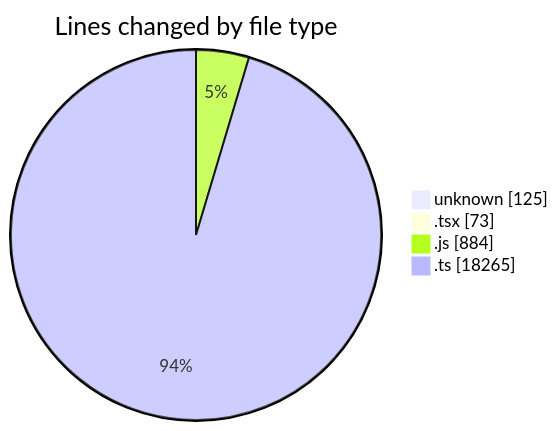
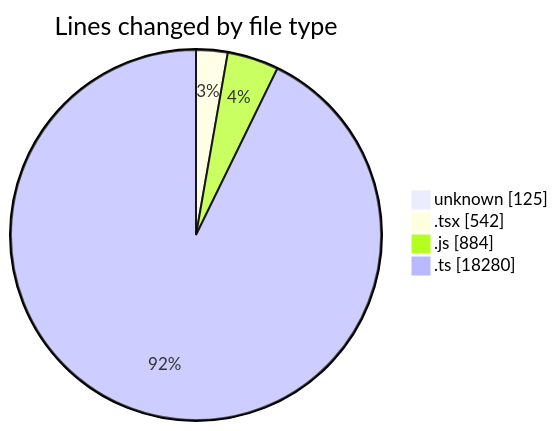
The first of 2 diagrams in 2026-09-15/cda/README.md (momahboobian/code-tracking), drawn with Mermaid before and after one commit. The commit also changed other lines of this file and 1 other file, not shown here.

````diff
--- a/2026-09-15/cda/README.md
+++ b/2026-09-15/cda/README.md
@@ -30,8 +40,8 @@
 ```mermaid
 pie showData
 title Lines changed by file type
 "unknown" : 125
-".tsx" : 73
+".tsx" : 542
 ".js" : 884
-".ts" : 18265
+".ts" : 18280
 ```
````
